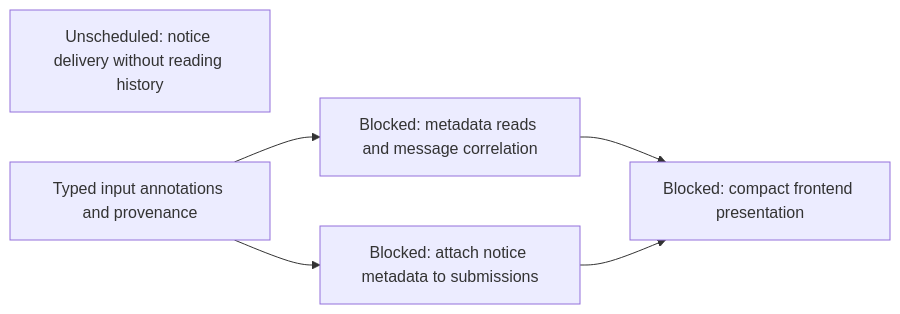
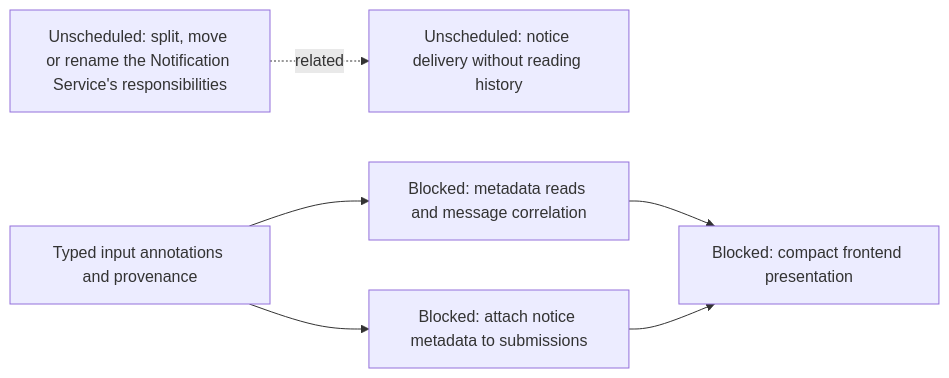
Before and after one commit to agentydragon/ducktape: the second of 16 diagrams in agentplane/plans/task_dag.md, drawn with Mermaid. The commit also changed other lines of this file, not shown here.

First line of the commit message:
DAG: restructuring the Notification Service's responsibilities

````diff
--- a/agentplane/plans/task_dag.md
+++ b/agentplane/plans/task_dag.md
@@ -36,12 +36,14 @@
 ```mermaid
 flowchart LR
     NOTIFICATION_COMMAND_OUTCOME_DESIGN[Unscheduled: notice delivery without reading history]
+    NOTIFICATION_SERVICE_SPLIT[Unscheduled: split, move or rename the Notification Service's responsibilities]
+    NOTIFICATION_SERVICE_SPLIT -. related .-> NOTIFICATION_COMMAND_OUTCOME_DESIGN
     SESSION_INPUT_METADATA[Typed input annotations and provenance]
     SESSION_INPUT_METADATA_READ[Blocked: metadata reads and message correlation]
     NOTIFICATION_NOTICE_METADATA[Blocked: attach notice metadata to submissions]
     NOTIFICATION_PRESENTATION[Blocked: compact frontend presentation]
     SESSION_INPUT_METADATA --> SESSION_INPUT_METADATA_READ
     SESSION_INPUT_METADATA --> NOTIFICATION_NOTICE_METADATA
     SESSION_INPUT_METADATA_READ --> NOTIFICATION_PRESENTATION
     NOTIFICATION_NOTICE_METADATA --> NOTIFICATION_PRESENTATION
 ```
````
